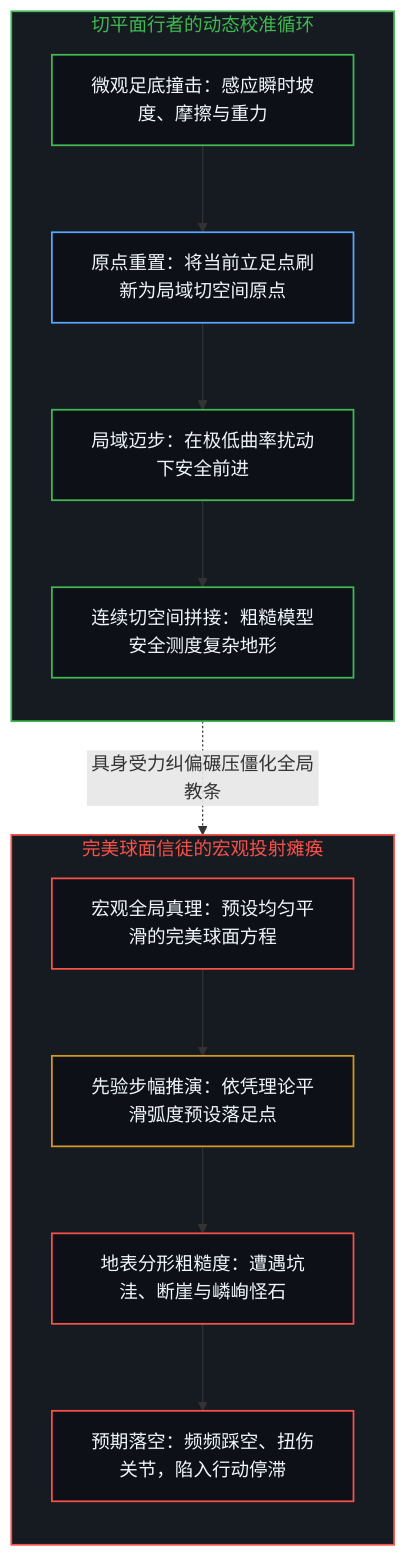
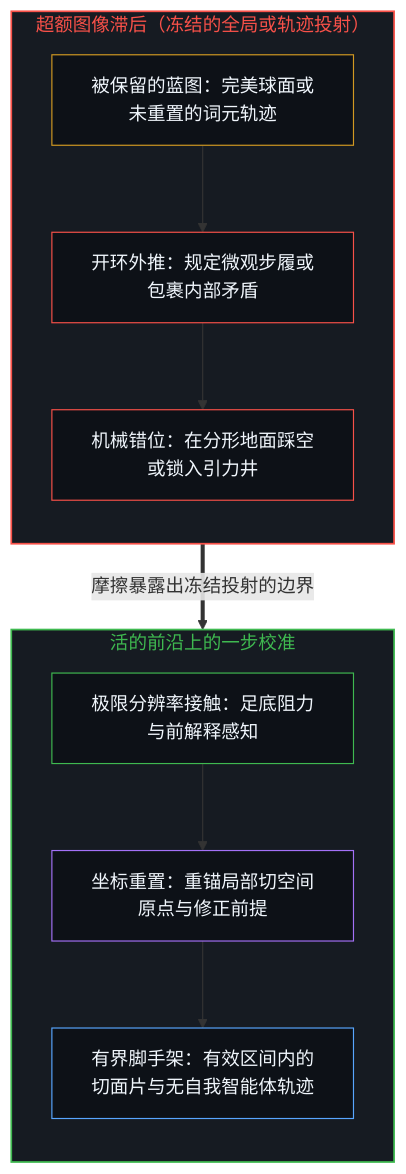
The first of 2 diagrams in content/posts/the-walking-tangent-and-the-stumbling-sphere.md (powerpig99/not-a-toe), drawn with Mermaid before and after one commit. The commit also changed other lines of this file and 1 other file, not shown here.

Commit message:
Refine the-walking-tangent-and-the-stumbling-sphere (Wave 3 L2 #135)

````diff
--- a/content/posts/the-walking-tangent-and-the-stumbling-sphere.md
+++ b/content/posts/the-walking-tangent-and-the-stumbling-sphere.md
@@ -27,31 +47,29 @@
 ```mermaid
 flowchart TD
-    classDef default fill:#0d1117,stroke:#30363d,stroke-width:1px,color:#f0f6fc;
-    classDef mind fill:#0d1117,stroke:#3fb950,stroke-width:1.5px,color:#f0f6fc;
-    classDef warn fill:#0d1117,stroke:#d29922,stroke-width:1.5px,color:#f0f6fc;
-    classDef fail fill:#0d1117,stroke:#f85149,stroke-width:1.5px,color:#f0f6fc;
-    classDef model fill:#0d1117,stroke:#58a6ff,stroke-width:1.5px,color:#f0f6fc;
-
-    subgraph S_TangentWalker ["切平面行者的动态校准循环"]
+    subgraph S_Frozen ["超额图像滞后（冻结的全局或轨迹投射）"]
         direction TB
-        FootstepImpact["微观足底撞击：感应瞬时坡度、摩擦与重力"]:::mind
-        ResetOrigin["原点重置：将当前立足点刷新为局域切空间原点"]:::model
-        LocalStep["局域迈步：在极低曲率扰动下安全前进"]:::mind
-        InfinitePatch["连续切空间拼接：粗糙模型安全测度复杂地形"]:::mind
-        FootstepImpact --> ResetOrigin --> LocalStep --> InfinitePatch
+        MacroModel["被保留的蓝图：完美球面或未重置的词元轨迹"]
+        OpenLoop["开环外推：规定微观步履或包裹内部矛盾"]
+        Stumble["机械错位：在分形地面踩空或锁入引力井"]
+        MacroModel --> OpenLoop --> Stumble
     end
 
-    subgraph S_SphereDogmatist ["完美球面信徒的宏观投射瘫痪"]
+    subgraph S_Recal ["活的前沿上的一步校准"]
         direction TB
-        GlobalSphere["宏观全局真理：预设均匀平滑的完美球面方程"]:::fail
-        RigidCurvature["先验步幅推演：依凭理论平滑弧度预设落足点"]:::warn
-        FracturedGround["地表分形粗糙度：遭遇坑洼、断崖与嶙峋怪石"]:::fail
-        StumbleParalysis["预期落空：频频踩空、扭伤关节，陷入行动停滞"]:::fail
-        GlobalSphere --> RigidCurvature --> FracturedGround --> StumbleParalysis
+        Contact["极限分辨率接触：足底阻力与前解释感知"]
+        Reset["坐标重置：重锚局部切空间原点与修正前提"]
+        Medium["有界脚手架：有效区间内的切面片与无自我智能体轨迹"]
+        Contact --> Reset --> Medium
     end
 
-    S_TangentWalker -.-> |具身受力纠偏碾压僵化全局教条| S_SphereDogmatist
+    Stumble ==>|"摩擦暴露出冻结投射的边界"| Contact
 
-    style S_TangentWalker fill:#161b22,stroke:#3fb950,stroke-width:1.5px,color:#3fb950
-    style S_SphereDogmatist fill:#161b22,stroke:#f85149,stroke-width:1.5px,color:#f85149
+    style S_Frozen fill:#161b22,stroke:#f85149,stroke-width:1.5px,color:#f85149
+    style S_Recal fill:#161b22,stroke:#3fb950,stroke-width:1.5px,color:#3fb950
+    style MacroModel fill:#0d1117,stroke:#d29922,stroke-width:1px,color:#f0f6fc
+    style OpenLoop fill:#0d1117,stroke:#f85149,stroke-width:1px,color:#f0f6fc
+    style Stumble fill:#0d1117,stroke:#f85149,stroke-width:1px,color:#f0f6fc
+    style Contact fill:#0d1117,stroke:#3fb950,stroke-width:1px,color:#f0f6fc
+    style Reset fill:#0d1117,stroke:#a371f7,stroke-width:1px,color:#f0f6fc
+    style Medium fill:#0d1117,stroke:#58a6ff,stroke-width:1px,color:#f0f6fc
 ```
````
